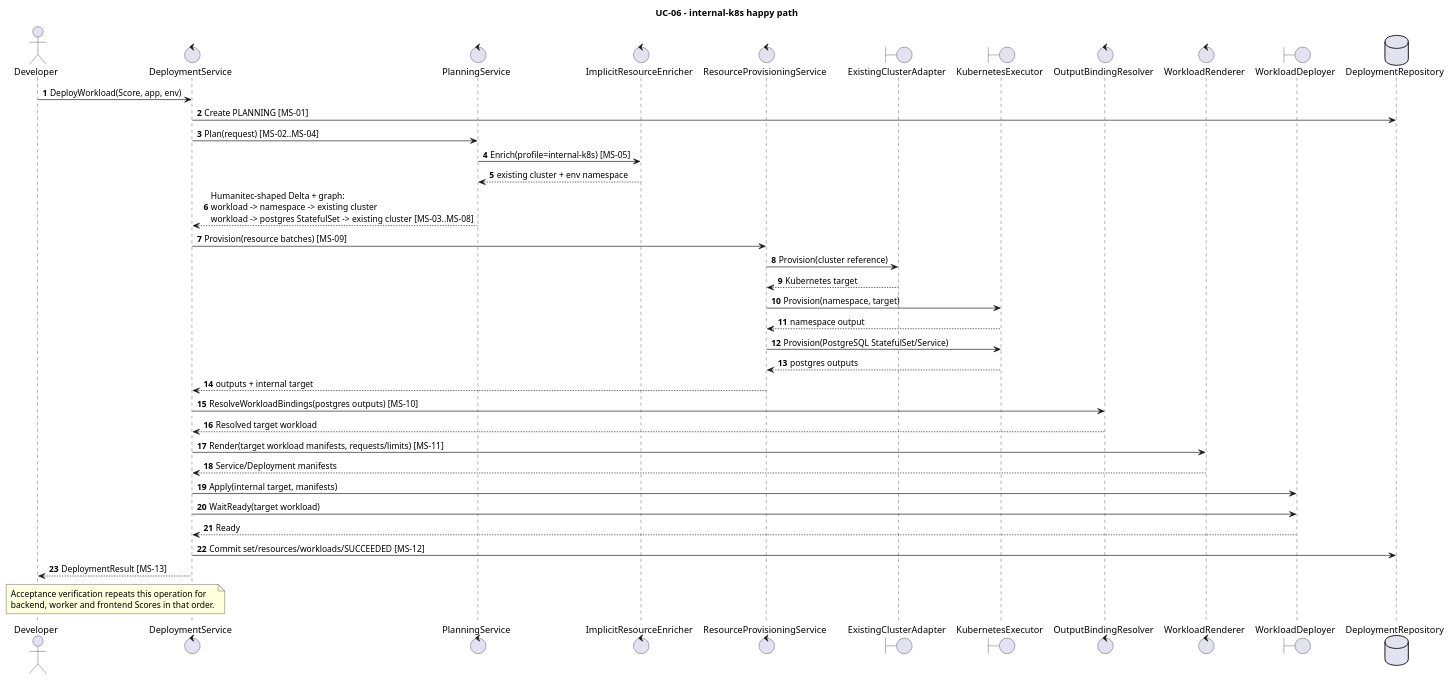
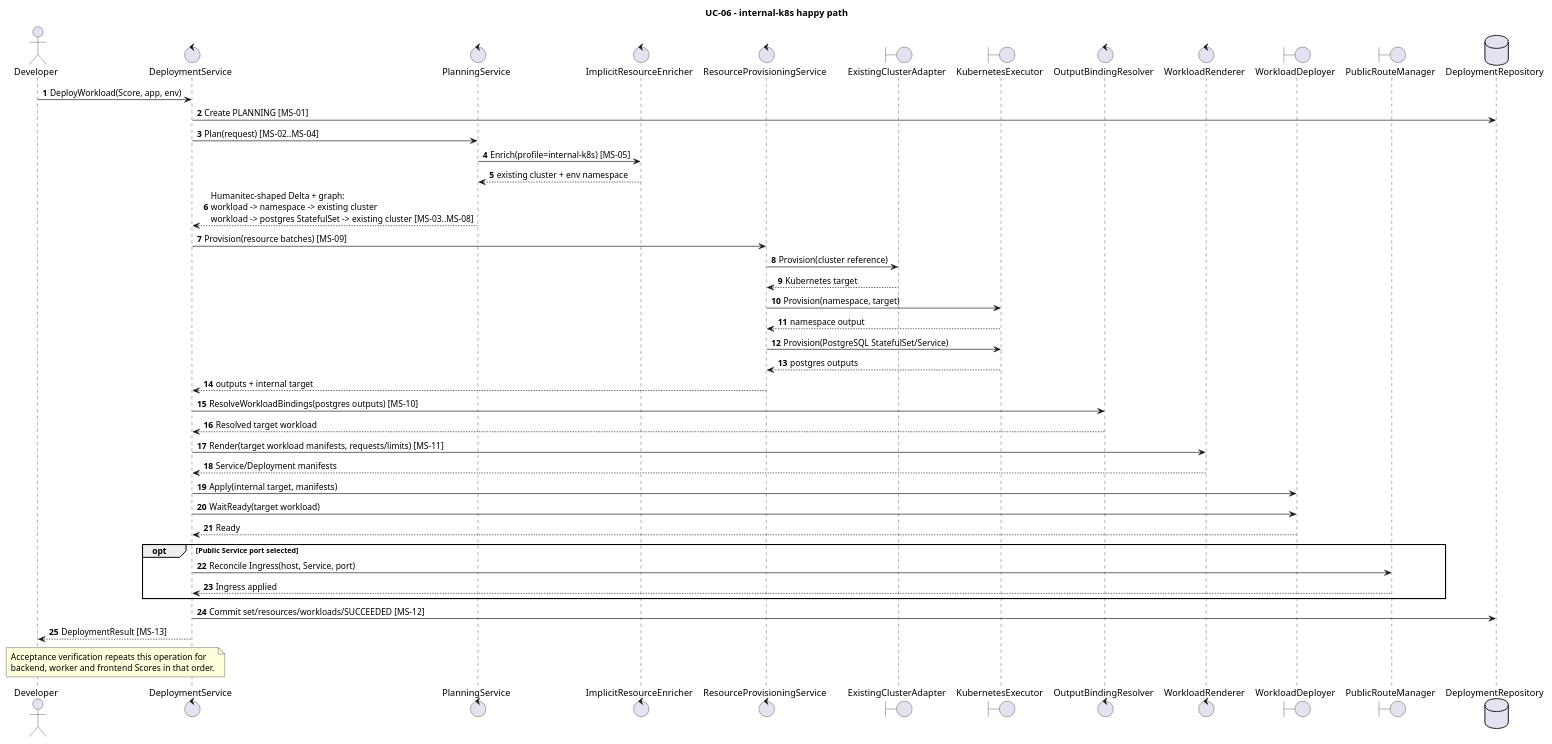
Before and after one commit to pr3s3nt/poc: the diagram in orchestrator_docs/usecase/UC-06/sequence-internal.puml, drawn with PlantUML. The commit also changed 35 other files, not shown here.

Commit message:
feat: expose selected workload service through kind ingress

```diff
--- a/orchestrator_docs/usecase/UC-06/sequence-internal.puml
+++ b/orchestrator_docs/usecase/UC-06/sequence-internal.puml
@@ -1,43 +1,48 @@
 @startuml
 title UC-06 - internal-k8s happy path
 autonumber
 actor Developer
 control DeploymentService as Service
 control PlanningService as Planner
 control ImplicitResourceEnricher as Enricher
 control ResourceProvisioningService as Provisioner
 boundary ExistingClusterAdapter as ExistingCluster
 boundary KubernetesExecutor as ResourceK8s
 control OutputBindingResolver as Resolver
 control WorkloadRenderer as Renderer
 boundary WorkloadDeployer as WorkloadK8s
+boundary PublicRouteManager as Routes
 database DeploymentRepository as Repo
 
 Developer -> Service: DeployWorkload(Score, app, env)
 Service -> Repo: Create PLANNING [MS-01]
 Service -> Planner: Plan(request) [MS-02..MS-04]
 Planner -> Enricher: Enrich(profile=internal-k8s) [MS-05]
 Enricher --> Planner: existing cluster + env namespace
 Planner --> Service: Humanitec-shaped Delta + graph:\nworkload -> namespace -> existing cluster\nworkload -> postgres StatefulSet -> existing cluster [MS-03..MS-08]
 Service -> Provisioner: Provision(resource batches) [MS-09]
 Provisioner -> ExistingCluster: Provision(cluster reference)
 ExistingCluster --> Provisioner: Kubernetes target
 Provisioner -> ResourceK8s: Provision(namespace, target)
 ResourceK8s --> Provisioner: namespace output
 Provisioner -> ResourceK8s: Provision(PostgreSQL StatefulSet/Service)
 ResourceK8s --> Provisioner: postgres outputs
 Provisioner --> Service: outputs + internal target
 Service -> Resolver: ResolveWorkloadBindings(postgres outputs) [MS-10]
 Resolver --> Service: Resolved target workload
 Service -> Renderer: Render(target workload manifests, requests/limits) [MS-11]
 Renderer --> Service: Service/Deployment manifests
 Service -> WorkloadK8s: Apply(internal target, manifests)
 Service -> WorkloadK8s: WaitReady(target workload)
 WorkloadK8s --> Service: Ready
+opt Public Service port selected
+  Service -> Routes: Reconcile Ingress(host, Service, port)
+  Routes --> Service: Ingress applied
+end
 Service -> Repo: Commit set/resources/workloads/SUCCEEDED [MS-12]
 Service --> Developer: DeploymentResult [MS-13]
 note over Developer, Service
 Acceptance verification repeats this operation for
 backend, worker and frontend Scores in that order.
 end note
 @enduml
```
